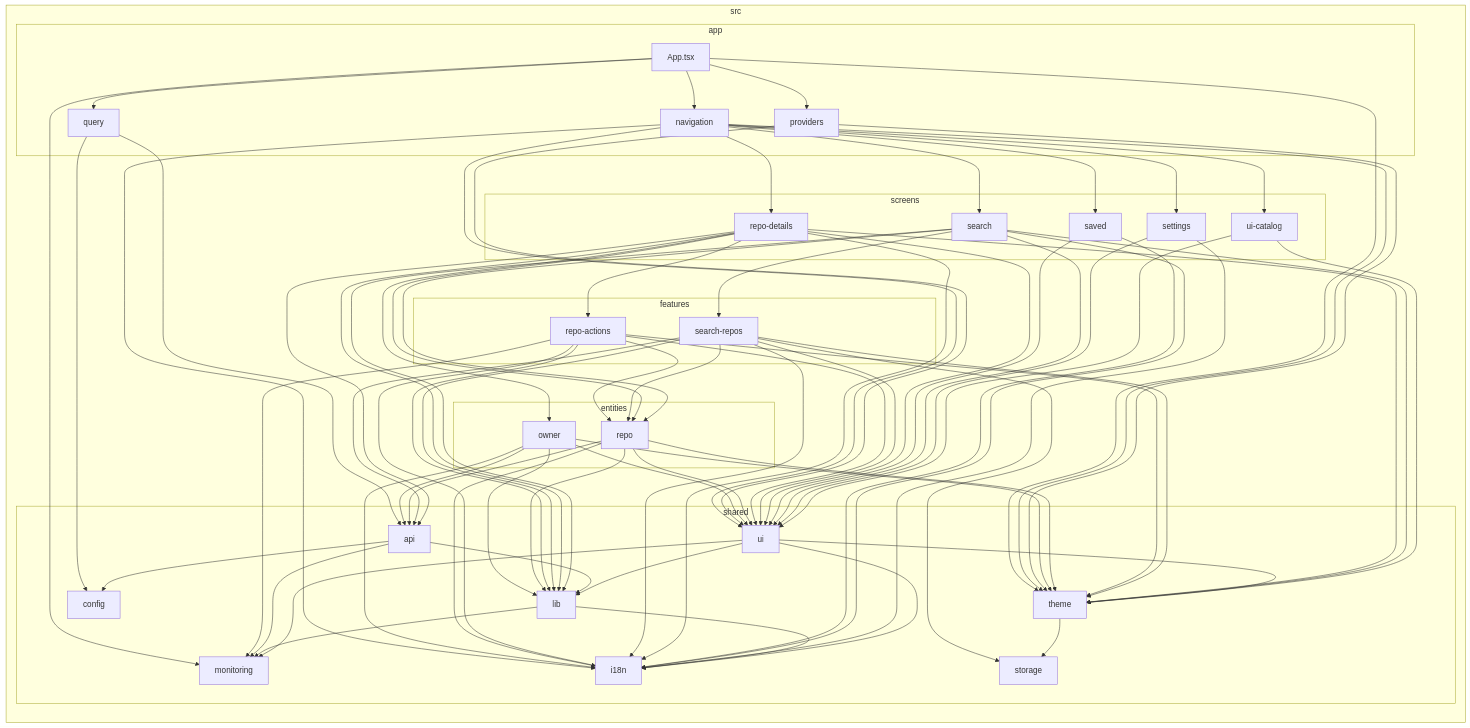
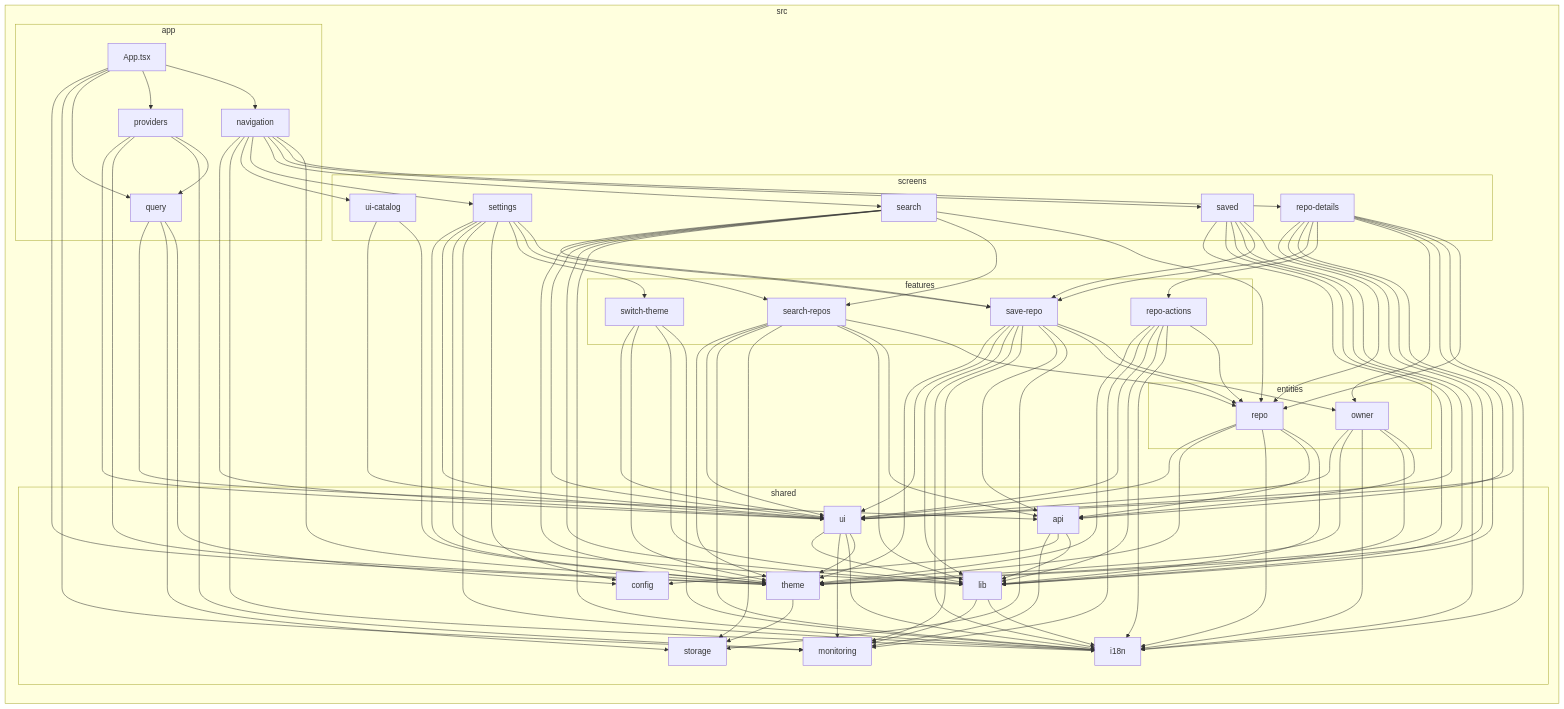
Before and after one commit to kolarus/gh-reposcout: the diagram in docs/architecture-graph.md, drawn with Mermaid. The commit also changed 66 other files, not shown here.

````diff
--- a/docs/architecture-graph.md
+++ b/docs/architecture-graph.md
@@ -19,94 +19,124 @@
 end
 subgraph 9["features"]
 A["repo-actions"]
-B["search-repos"]
+B["save-repo"]
+C["search-repos"]
+D["switch-theme"]
 end
-subgraph C["screens"]
-D["repo-details"]
-E["saved"]
-F["search"]
-G["settings"]
-H["ui-catalog"]
+subgraph E["screens"]
+F["repo-details"]
+G["saved"]
+H["search"]
+I["settings"]
+J["ui-catalog"]
 end
-subgraph I["shared"]
-J["api"]
-K["config"]
-L["i18n"]
-M["lib"]
-N["monitoring"]
-O["storage"]
-P["theme"]
-Q["ui"]
+subgraph K["shared"]
+L["api"]
+M["config"]
+N["i18n"]
+O["lib"]
+P["monitoring"]
+Q["storage"]
+R["theme"]
+S["ui"]
 end
 end
 2-->3
 2-->4
 2-->5
-2-->N
 2-->P
-3-->P
-3-->D
-3-->E
+2-->R
+3-->R
 3-->F
 3-->G
 3-->H
-3-->L
-3-->Q
+3-->I
+3-->J
+3-->N
+3-->S
+4-->5
 4-->P
-4-->Q
-5-->J
-5-->K
-7-->J
-7-->M
+4-->R
+4-->S
+5-->M
+5-->Q
+5-->L
 7-->L
-7-->P
-7-->Q
-8-->M
-8-->J
+7-->O
+7-->N
+7-->R
+7-->S
+8-->O
 8-->L
-8-->P
-8-->Q
+8-->N
+8-->R
+8-->S
 A-->8
-A-->L
-A-->M
-A-->Q
 A-->N
+A-->O
+A-->S
 A-->P
+A-->R
+B-->7
 B-->8
-B-->J
-B-->M
+B-->Q
+B-->L
+B-->P
+B-->N
 B-->O
-B-->L
-B-->Q
-B-->P
-D-->8
-D-->L
-D-->Q
-D-->7
-D-->A
-D-->J
-D-->M
-D-->P
-E-->L
-E-->Q
+B-->S
+B-->R
+C-->8
+C-->L
+C-->O
+C-->Q
+C-->N
+C-->S
+C-->R
+D-->N
+D-->O
+D-->R
+D-->S
 F-->8
+F-->N
+F-->S
+F-->7
+F-->A
 F-->B
 F-->L
-F-->M
-F-->Q
-F-->P
-G-->L
-G-->Q
-H-->P
-H-->Q
-J-->M
-J-->K
-J-->N
-M-->L
-M-->N
-P-->O
-Q-->P
-Q-->N
-Q-->L
-Q-->M
+F-->O
+F-->R
+G-->8
+G-->B
+G-->N
+G-->O
+G-->S
+G-->R
+H-->8
+H-->C
+H-->N
+H-->O
+H-->S
+H-->R
+H-->B
+I-->B
+I-->C
+I-->D
+I-->M
+I-->N
+I-->O
+I-->S
+I-->R
+J-->R
+J-->S
+L-->O
+L-->M
+L-->P
+O-->N
+O-->P
+R-->Q
+S-->R
+S-->N
+S-->P
+S-->O
 ```
````
